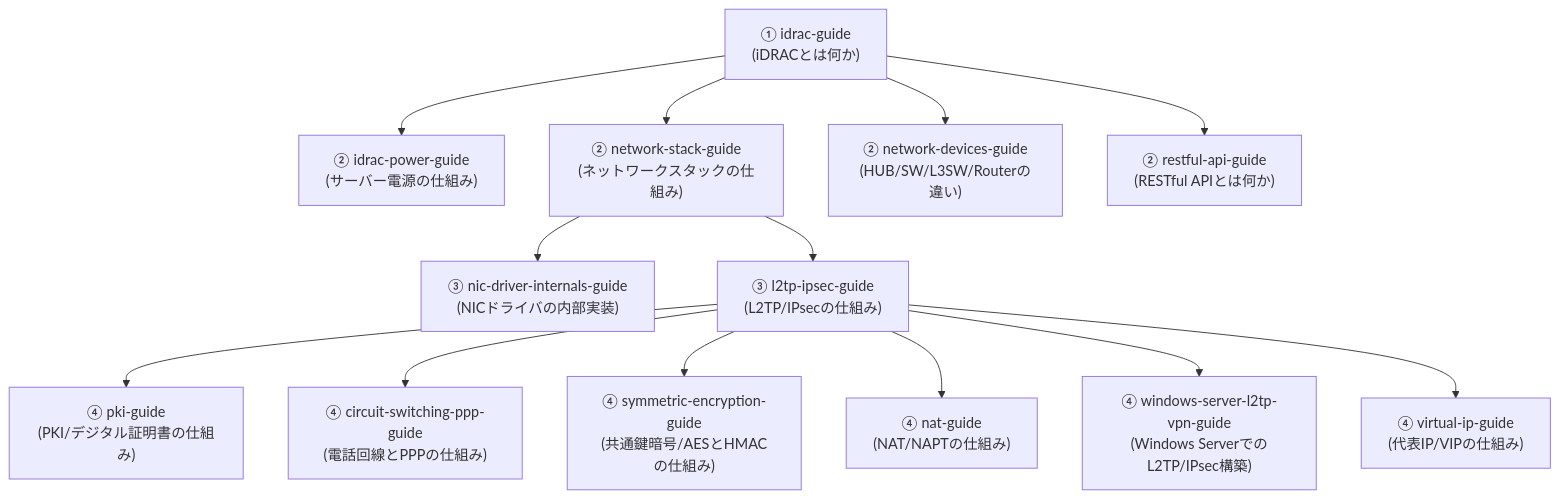
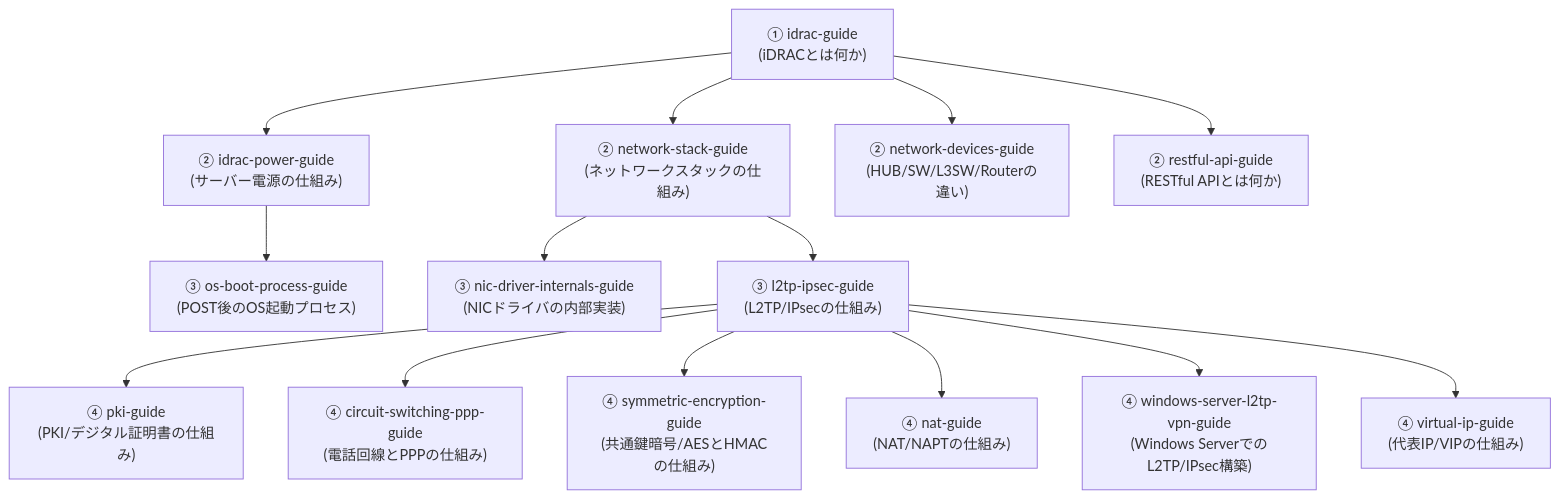
Before and after one commit to koikoi1998/koikoi-blog-20260723: the diagram in src/pages/sitemap.md, drawn with Mermaid. The commit also changed other lines of this file and 9 other files, not shown here.

````diff
--- a/src/pages/sitemap.md
+++ b/src/pages/sitemap.md
@@ -22,29 +22,31 @@
 ```mermaid
 graph TB
     Idrac["① idrac-guide<br/>(iDRACとは何か)"]
     Power["② idrac-power-guide<br/>(サーバー電源の仕組み)"]
     Net["② network-stack-guide<br/>(ネットワークスタックの仕組み)"]
     Devices["② network-devices-guide<br/>(HUB/SW/L3SW/Routerの違い)"]
     Api["② restful-api-guide<br/>(RESTful APIとは何か)"]
+    Boot["③ os-boot-process-guide<br/>(POST後のOS起動プロセス)"]
     Nic["③ nic-driver-internals-guide<br/>(NICドライバの内部実装)"]
     L2tp["③ l2tp-ipsec-guide<br/>(L2TP/IPsecの仕組み)"]
     Pki["④ pki-guide<br/>(PKI/デジタル証明書の仕組み)"]
     Circuit["④ circuit-switching-ppp-guide<br/>(電話回線とPPPの仕組み)"]
     Sym["④ symmetric-encryption-guide<br/>(共通鍵暗号/AESとHMACの仕組み)"]
     Nat["④ nat-guide<br/>(NAT/NAPTの仕組み)"]
     Winvpn["④ windows-server-l2tp-vpn-guide<br/>(Windows ServerでのL2TP/IPsec構築)"]
     Vip["④ virtual-ip-guide<br/>(代表IP/VIPの仕組み)"]
 
     Idrac --> Power
     Idrac --> Net
     Idrac --> Devices
     Idrac --> Api
+    Power --> Boot
     Net --> Nic
     Net --> L2tp
     L2tp --> Pki
     L2tp --> Circuit
     L2tp --> Sym
     L2tp --> Nat
     L2tp --> Winvpn
     L2tp --> Vip
 ```
````
